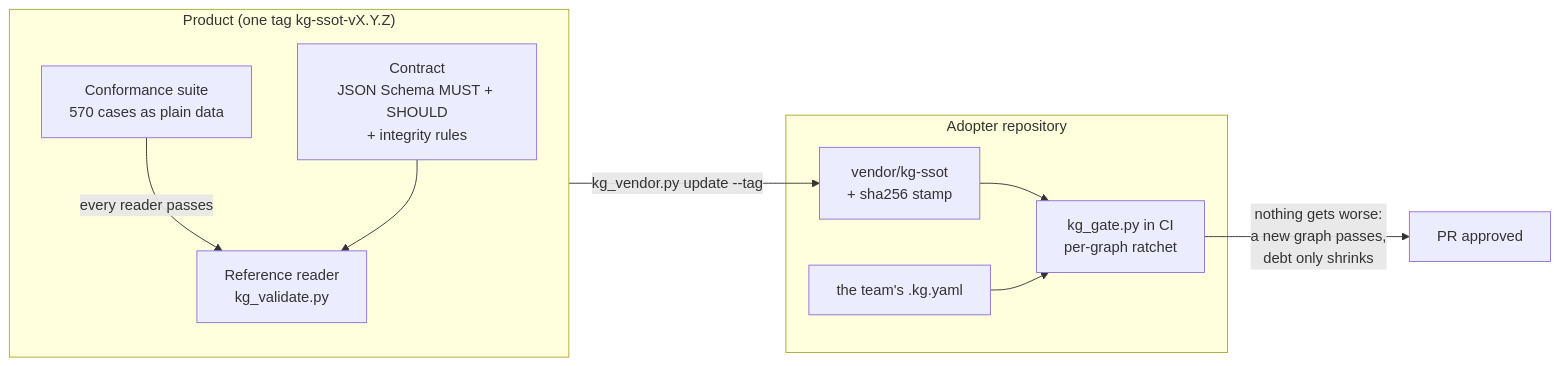
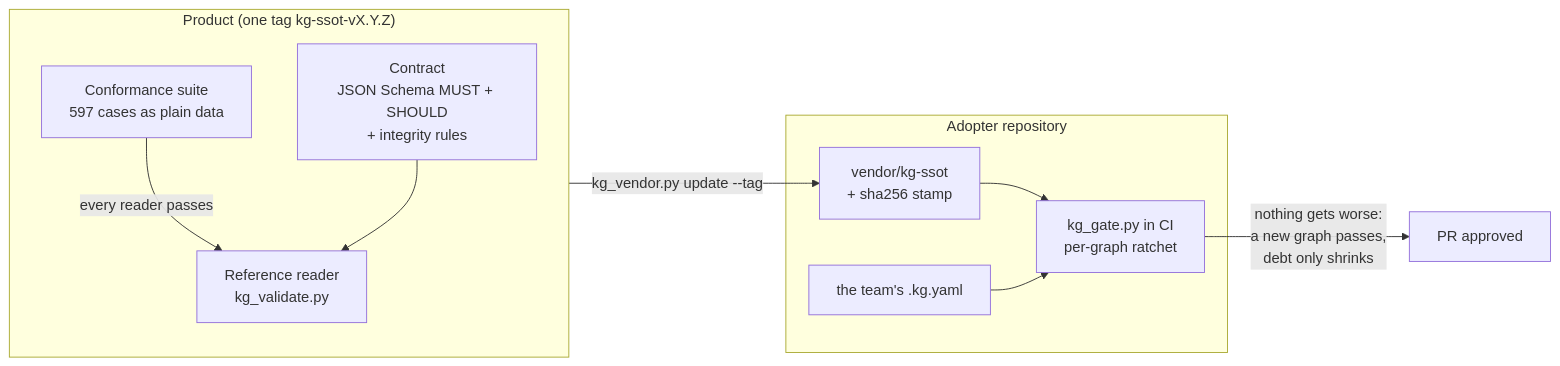
Before and after one commit to marciocar/kg-ssot: the diagram in README.md, drawn with Mermaid. The commit also changed other lines of this file and 66 other files, not shown here.

````diff
--- a/README.md
+++ b/README.md
@@ -159,19 +159,19 @@
 ```mermaid
 flowchart LR
   subgraph product["Product (one tag kg-ssot-vX.Y.Z)"]
     C["Contract<br/>JSON Schema MUST + SHOULD<br/>+ integrity rules"]
-    S["Conformance suite<br/>570 cases as plain data"]
+    S["Conformance suite<br/>597 cases as plain data"]
     R["Reference reader<br/>kg_validate.py"]
     S -- "every reader passes" --> R
     C --> R
   end
   subgraph adopter["Adopter repository"]
     V["vendor/kg-ssot<br/>+ sha256 stamp"]
     G["kg_gate.py in CI<br/>per-graph ratchet"]
     K["the team's .kg.yaml"]
     V --> G
     K --> G
   end
   product -- "kg_vendor.py update --tag" --> V
   G -- "nothing gets worse:<br/>a new graph passes,<br/>debt only shrinks" --> PR["PR approved"]
 ```
````
